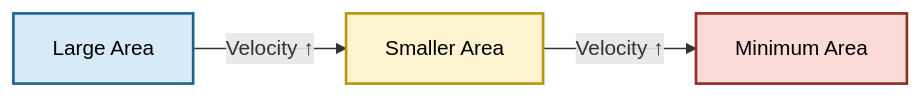
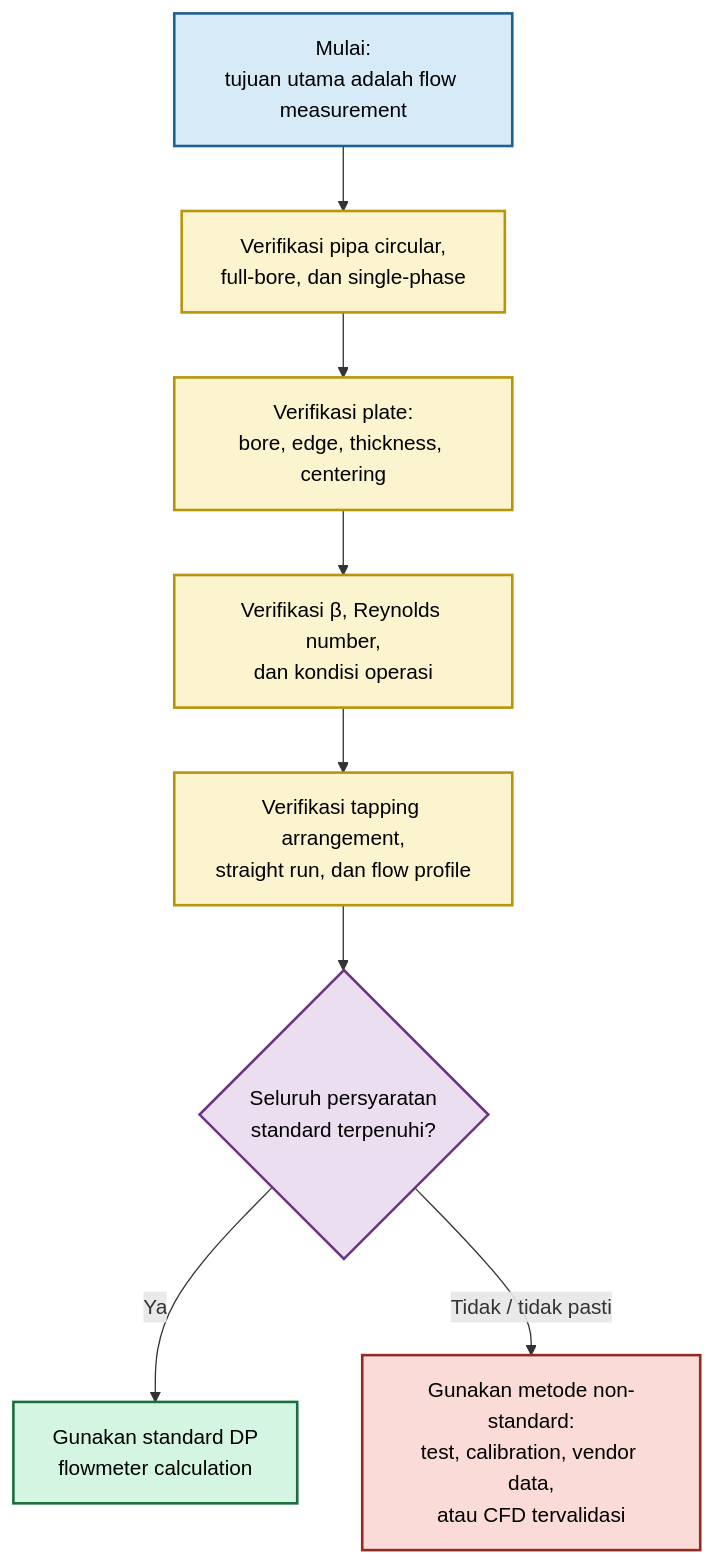
One commit to slametsampon/mx-core changed the seventh of 18 diagrams in plugins/mx-core-docs/src/content/blog/maintenance/elins/orifice-plate.mdx. Above: the diagram before and after it, drawn with Mermaid. The commit also changed other lines of this file and 4 other files, not shown here.

Commit message:
mx-core-docs: update orifice-plate

````diff
--- a/plugins/mx-core-docs/src/content/blog/maintenance/elins/orifice-plate.mdx
+++ b/plugins/mx-core-docs/src/content/blog/maintenance/elins/orifice-plate.mdx
@@ -748,14 +2004,21 @@
-```mermaid
-flowchart LR
+```mermaid id="orifice_standard_applicability"
+flowchart TB
+    A["Mulai:<br/>tujuan utama adalah flow measurement"]:::start
+    B["Verifikasi pipa circular,<br/>full-bore, dan single-phase"]:::check
+    C["Verifikasi plate:<br/>bore, edge, thickness, centering"]:::check
+    D["Verifikasi β, Reynolds number,<br/>dan kondisi operasi"]:::check
+    E["Verifikasi tapping arrangement,<br/>straight run, dan flow profile"]:::check
+    F{"Seluruh persyaratan<br/>standard terpenuhi?"}:::decision
+    G["Gunakan standard DP<br/>flowmeter calculation"]:::good
+    H["Gunakan metode non-standard:<br/>test, calibration, vendor data,<br/>atau CFD tervalidasi"]:::warn
 
-A["Large Area"]:::a
-B["Smaller Area"]:::b
-C["Minimum Area"]:::c
+    A --> B --> C --> D --> E --> F
+    F -->|"Ya"| G
+    F -->|"Tidak / tidak pasti"| H
 
-A -->|"Velocity ↑"| B
-B -->|"Velocity ↑"| C
-
-classDef a fill:#D6EAF8,color:#000,stroke:#1F618D,stroke-width:2px;
-classDef b fill:#FCF3CF,color:#000,stroke:#B7950B,stroke-width:2px;
-classDef c fill:#FADBD8,color:#000,stroke:#922B21,stroke-width:2px;
+    classDef start fill:#D6EAF8,stroke:#1F618D,color:#000,stroke-width:2px;
+    classDef check fill:#FCF3CF,stroke:#B7950B,color:#000,stroke-width:2px;
+    classDef decision fill:#EBDEF0,stroke:#6C3483,color:#000,stroke-width:2px;
+    classDef good fill:#D5F5E3,stroke:#196F3D,color:#000,stroke-width:2px;
+    classDef warn fill:#FADBD8,stroke:#922B21,color:#000,stroke-width:2px;
 ```
````
